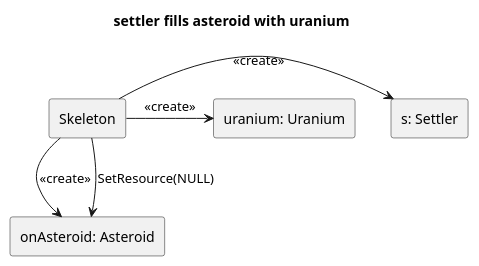
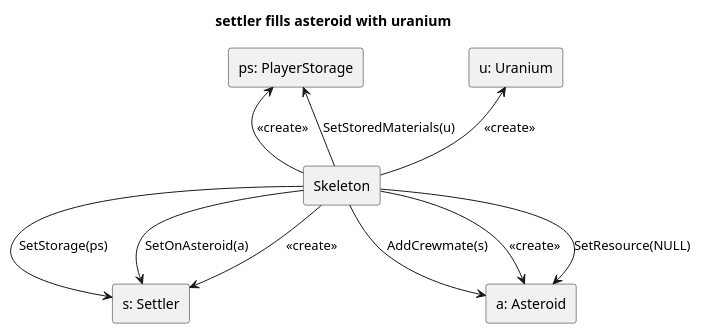
The diagram in uml/plantuml/settler fills asteroid with uranium/settler fills asteroid with uranium init.plantuml (triszt4n/projlab_holy_oil), drawn with PlantUML before and after one commit. The commit also changed 11 other files, not shown here.

```diff
--- a/uml/plantuml/settler fills asteroid with uranium/settler fills asteroid with uranium init.plantuml
+++ b/uml/plantuml/settler fills asteroid with uranium/settler fills asteroid with uranium init.plantuml
@@ -1,16 +1,22 @@
 @startuml
 
 title "settler fills asteroid with uranium"
 
 rectangle "s: Settler" as settler
-rectangle "onAsteroid: Asteroid" as onAsteroid
-rectangle "uranium: Uranium" as uranium
+rectangle "a: Asteroid" as onAsteroid
+rectangle "u: Uranium" as uranium
 rectangle "Skeleton" as skeleton
+rectangle "ps: PlayerStorage" as storage
 
 skeleton->settler : <<create>>
-skeleton->onAsteroid: <<create>>
-skeleton->uranium: <<create>>
+skeleton-->onAsteroid: <<create>>
+skeleton-up->uranium: <<create>>
+skeleton-up->storage: <<create>>
 
 skeleton-down->onAsteroid: SetResource(NULL)
+skeleton->onAsteroid: AddCrewmate(s)
+skeleton->settler: SetStorage(ps)
+skeleton-up->settler: SetOnAsteroid(a)
+skeleton->storage: SetStoredMaterials(u)
 
 @enduml
```
